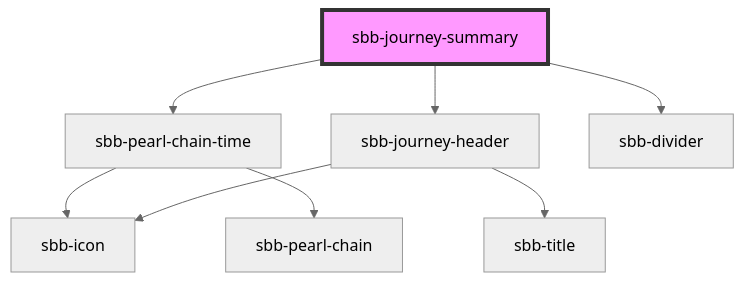
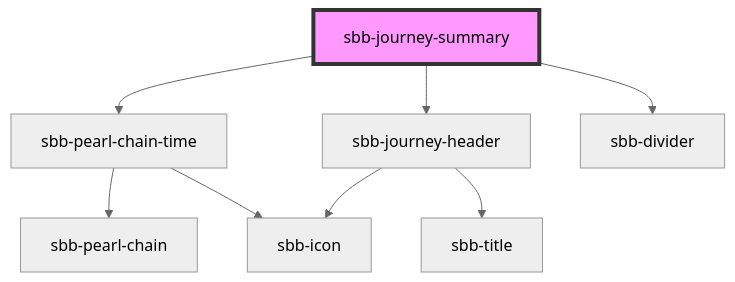
Before and after one commit to sbb-design-systems/lyne-components: the diagram in src/components/sbb-journey-summary/readme.md, drawn with Mermaid (neutral theme). The commit also changed other lines of this file and 50 other files, not shown here.

````diff
--- a/src/components/sbb-journey-summary/readme.md
+++ b/src/components/sbb-journey-summary/readme.md
@@ -34,11 +34,11 @@
 ```mermaid
 graph TD;
   sbb-journey-summary --> sbb-pearl-chain-time
   sbb-journey-summary --> sbb-journey-header
   sbb-journey-summary --> sbb-divider
+  sbb-pearl-chain-time --> sbb-pearl-chain
   sbb-pearl-chain-time --> sbb-icon
-  sbb-pearl-chain-time --> sbb-pearl-chain
   sbb-journey-header --> sbb-title
   sbb-journey-header --> sbb-icon
   style sbb-journey-summary fill:#f9f,stroke:#333,stroke-width:4px
 ```
````
